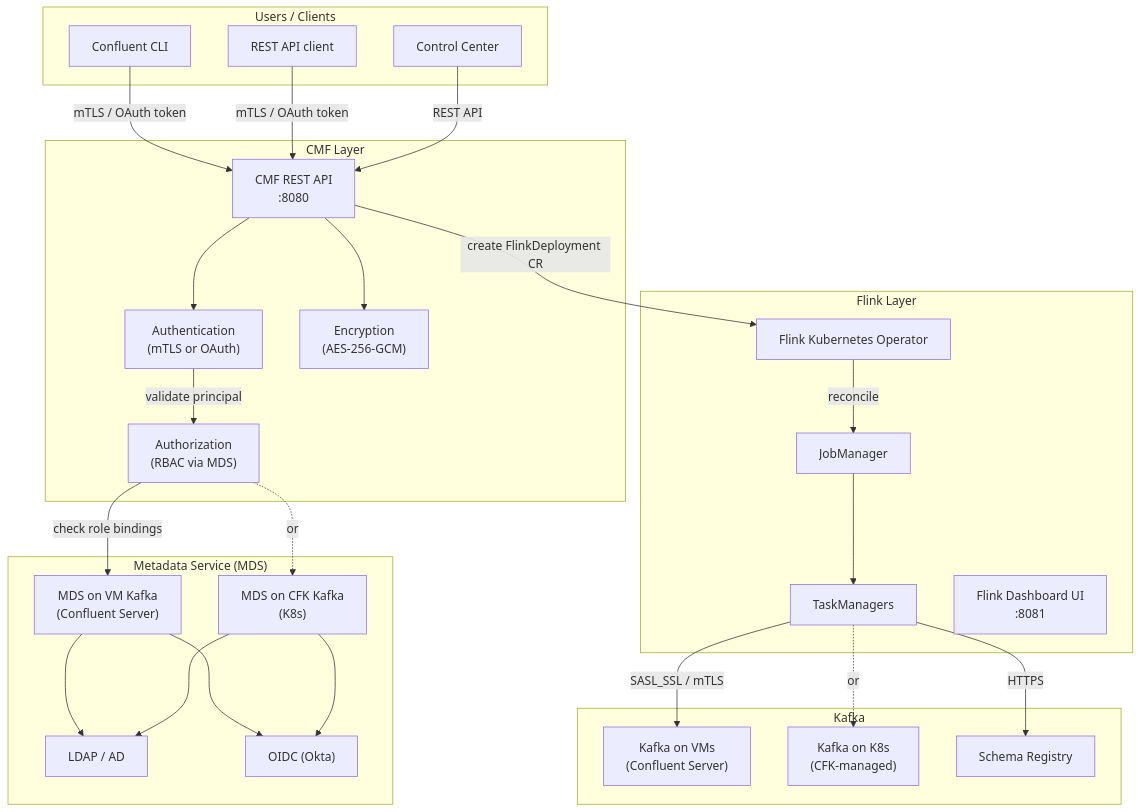
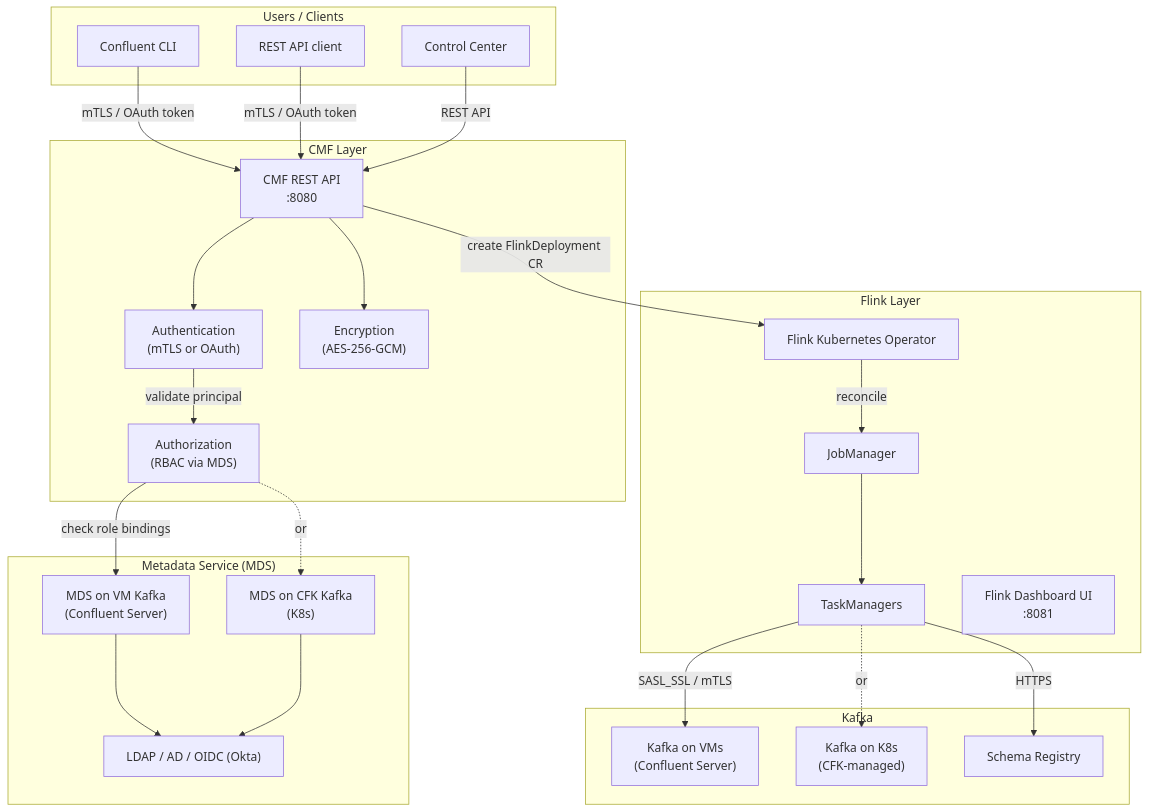
The first of 6 diagrams in docs/SECURITY.md (aadmassu/flink-on-k8s-with-cp), drawn with Mermaid before and after one commit.

Commit message:
Merge identity providers into single IAM box in security diagram

````diff
--- a/docs/SECURITY.md
+++ b/docs/SECURITY.md
@@ -16,56 +16,53 @@
 ```mermaid
 flowchart TD
     subgraph users["Users / Clients"]
         cli["Confluent CLI"]
         rest["REST API client"]
         c3["Control Center"]
     end
 
     subgraph cmf_layer["CMF Layer"]
         cmf["CMF REST API<br>:8080"]
         cmf_auth["Authentication<br>(mTLS or OAuth)"]
         cmf_rbac["Authorization<br>(RBAC via MDS)"]
         cmf_enc["Encryption<br>(AES-256-GCM)"]
     end
 
     subgraph mds_layer["Metadata Service (MDS)"]
         mds_vm["MDS on VM Kafka<br>(Confluent Server)"]
         mds_k8s["MDS on CFK Kafka<br>(K8s)"]
-        ldap["LDAP / AD"]
-        oidc["OIDC (Okta)"]
+        iam["LDAP / AD / OIDC (Okta)"]
     end
 
     subgraph flink_layer["Flink Layer"]
         fko["Flink Kubernetes Operator"]
         jm["JobManager"]
         tm["TaskManagers"]
         flink_ui["Flink Dashboard UI<br>:8081"]
     end
 
     subgraph kafka_layer["Kafka"]
         kafka_vm["Kafka on VMs<br>(Confluent Server)"]
         kafka_k8s["Kafka on K8s<br>(CFK-managed)"]
         sr["Schema Registry"]
     end
 
     cli -->|"mTLS / OAuth token"| cmf
     rest -->|"mTLS / OAuth token"| cmf
     c3 -->|"REST API"| cmf
 
     cmf --> cmf_auth -->|"validate principal"| cmf_rbac
     cmf_rbac -->|"check role bindings"| mds_vm
     cmf_rbac -.->|"or"| mds_k8s
-    mds_vm --> ldap
-    mds_vm --> oidc
-    mds_k8s --> ldap
-    mds_k8s --> oidc
+    mds_vm --> iam
+    mds_k8s --> iam
     cmf --> cmf_enc
 
     cmf -->|"create FlinkDeployment CR"| fko
     fko -->|"reconcile"| jm
     jm --> tm
 
     tm -->|"SASL_SSL / mTLS"| kafka_vm
     tm -.->|"or"| kafka_k8s
     tm -->|"HTTPS"| sr
 ```
````
